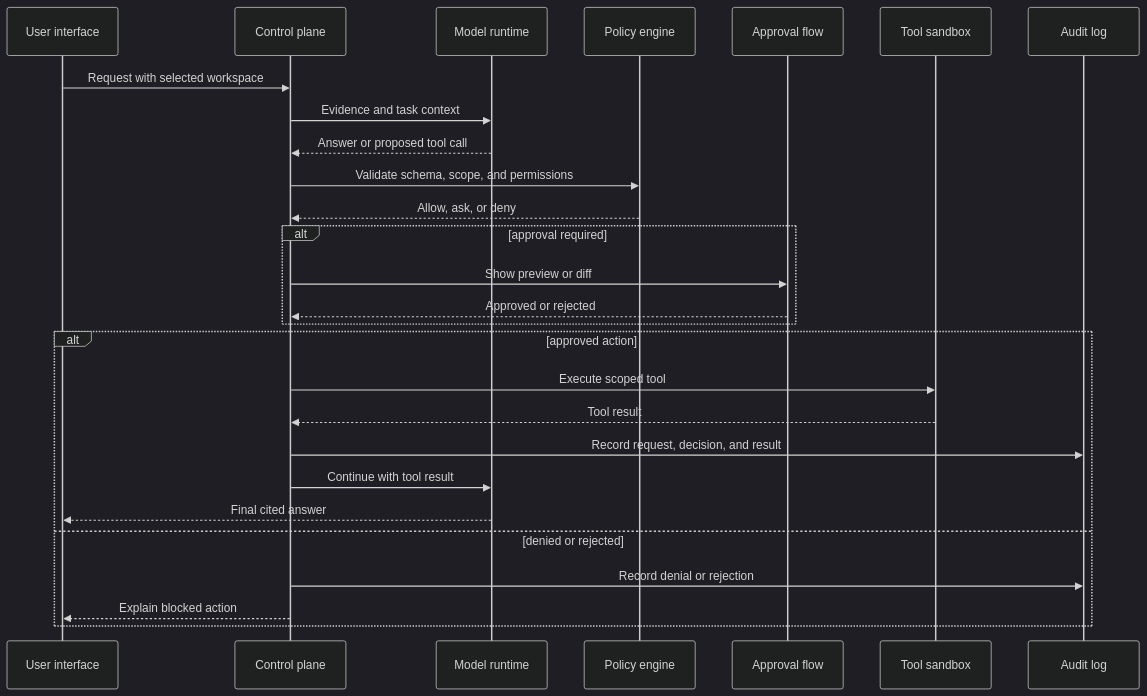
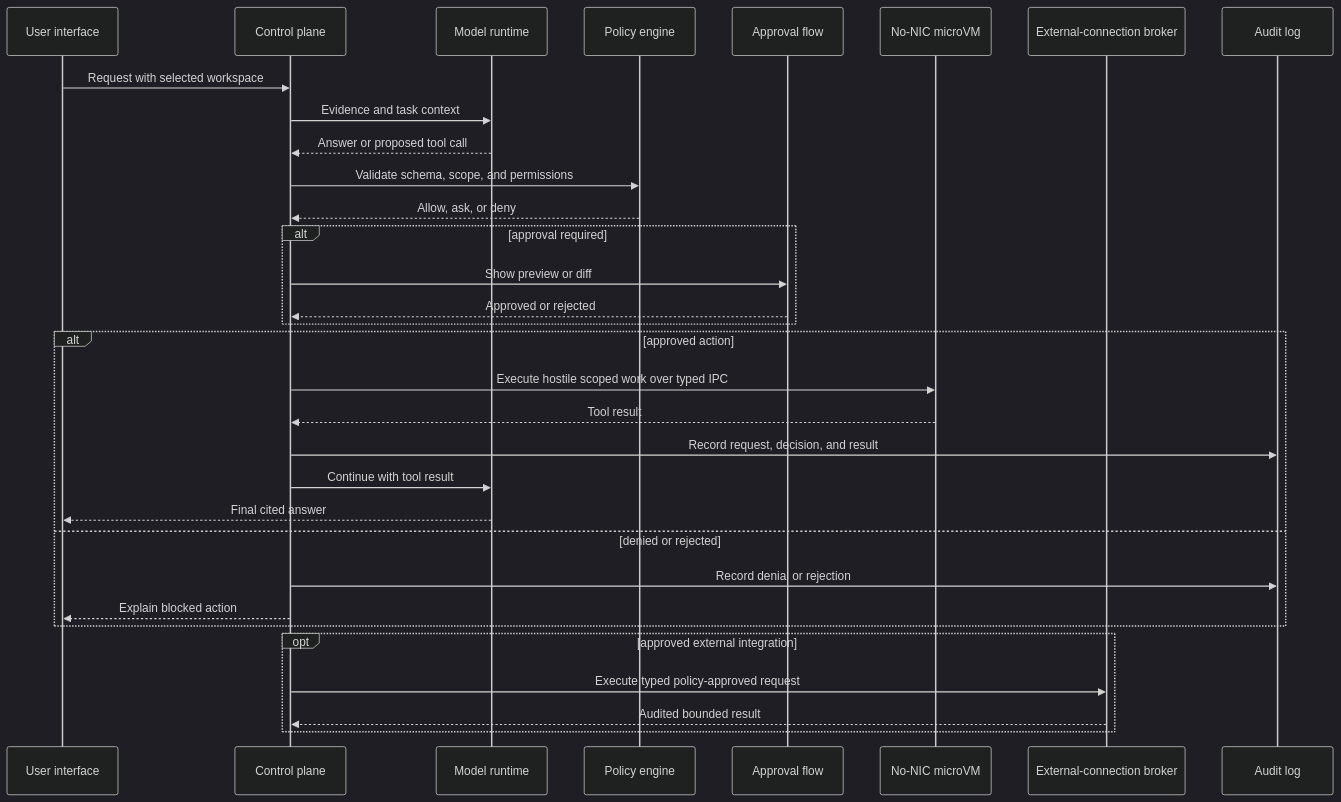
Before and after one commit to alex-alecu/vault-desk: the diagram in docs/diagrams/security-boundaries.md, drawn with Mermaid (dark theme). The commit also changed other lines of this file and 14 other files, not shown here.

Commit message:
docs: require no-NIC microVM sandbox

````diff
--- a/docs/diagrams/security-boundaries.md
+++ b/docs/diagrams/security-boundaries.md
@@ -5,30 +5,35 @@
 ```mermaid
 sequenceDiagram
     participant UI as User interface
     participant CP as Control plane
     participant Model as Model runtime
     participant Policy as Policy engine
     participant Approval as Approval flow
-    participant Sandbox as Tool sandbox
+    participant Sandbox as No-NIC microVM
+    participant Broker as External-connection broker
     participant Audit as Audit log
 
     UI->>CP: Request with selected workspace
     CP->>Model: Evidence and task context
     Model-->>CP: Answer or proposed tool call
     CP->>Policy: Validate schema, scope, and permissions
     Policy-->>CP: Allow, ask, or deny
     alt approval required
         CP->>Approval: Show preview or diff
         Approval-->>CP: Approved or rejected
     end
     alt approved action
-        CP->>Sandbox: Execute scoped tool
+        CP->>Sandbox: Execute hostile scoped work over typed IPC
         Sandbox-->>CP: Tool result
         CP->>Audit: Record request, decision, and result
         CP->>Model: Continue with tool result
         Model-->>UI: Final cited answer
     else denied or rejected
         CP->>Audit: Record denial or rejection
         CP-->>UI: Explain blocked action
     end
+    opt approved external integration
+        CP->>Broker: Execute typed policy-approved request
+        Broker-->>CP: Audited bounded result
+    end
 ```
````
